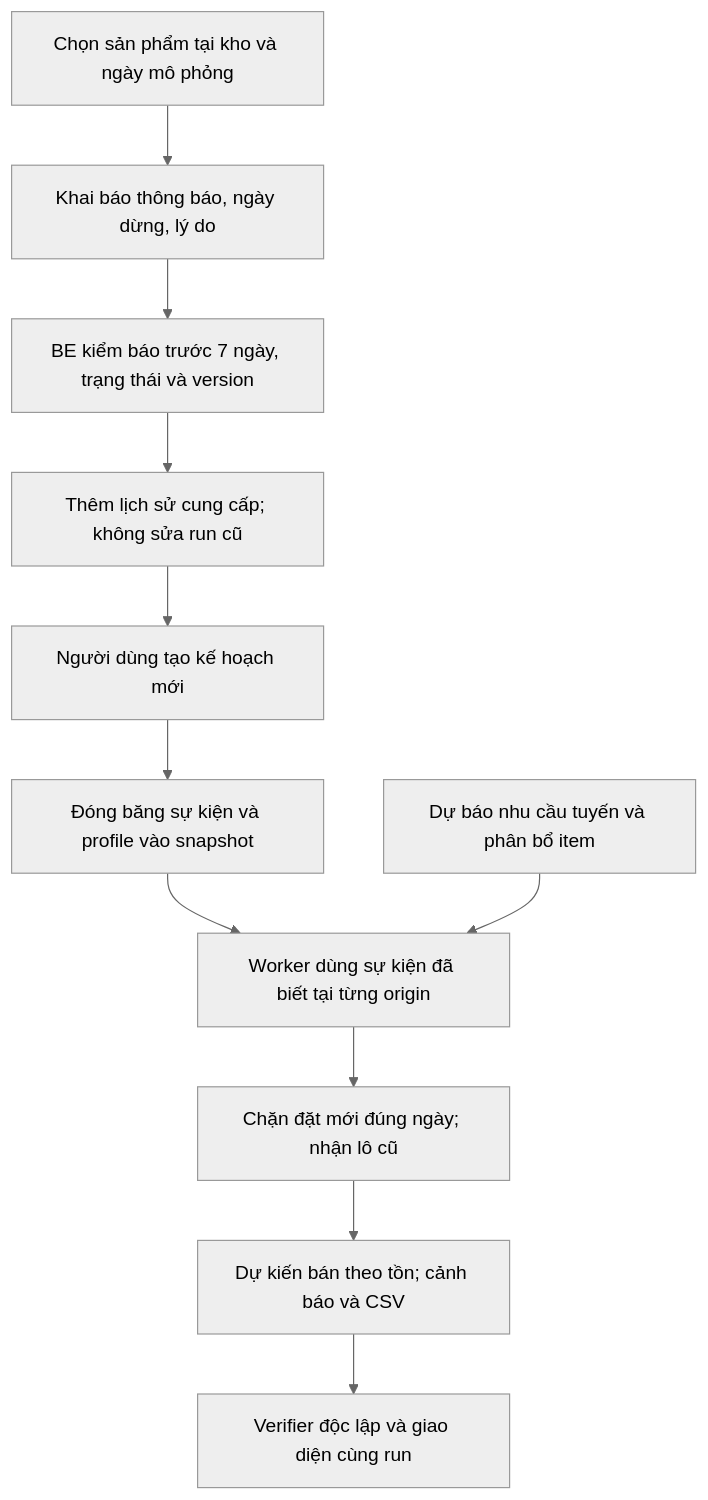
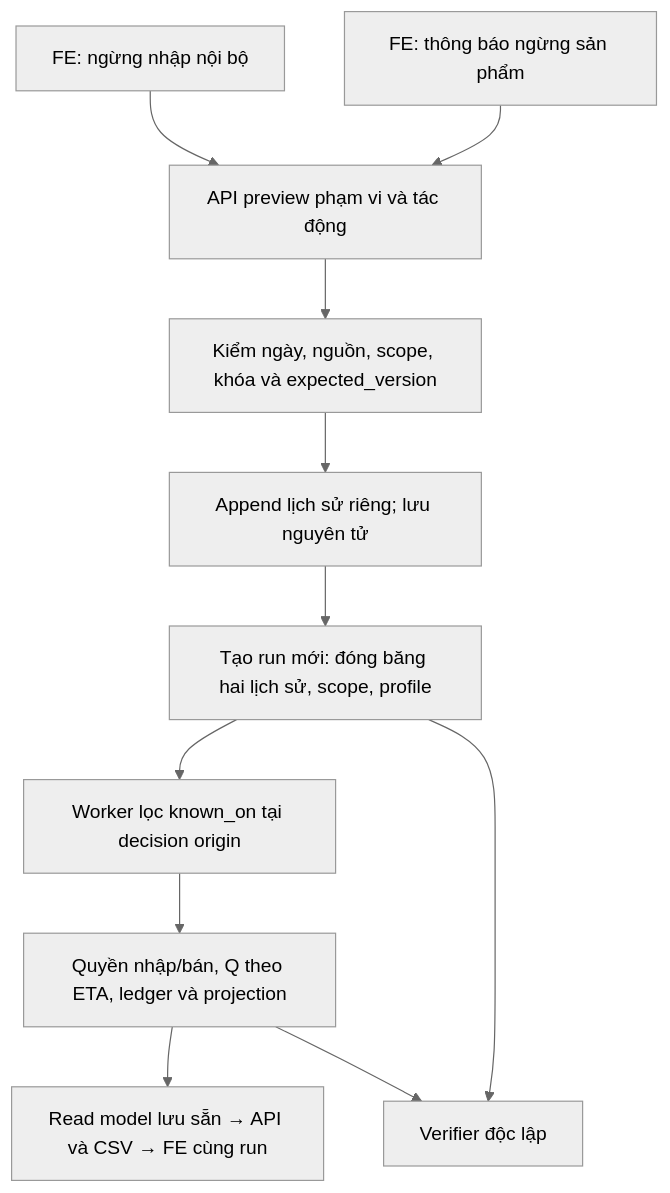
Before and after one commit to khanhnguyenpham/Sigma: the diagram in docs/planning/PRODUCT_SUPPLY_LIFECYCLE_PLAN.md, drawn with Mermaid (neutral theme). The commit also changed other lines of this file and 16 other files, not shown here.

````diff
--- a/docs/planning/PRODUCT_SUPPLY_LIFECYCLE_PLAN.md
+++ b/docs/planning/PRODUCT_SUPPLY_LIFECYCLE_PLAN.md
@@ -47,13 +61,13 @@
 ```mermaid
 flowchart TD
-    A[Chọn sản phẩm tại kho và ngày mô phỏng] --> B[Khai báo thông báo, ngày dừng, lý do]
-    B --> C[BE kiểm báo trước 7 ngày, trạng thái và version]
-    C --> D[Thêm lịch sử cung cấp; không sửa run cũ]
-    D --> E[Người dùng tạo kế hoạch mới]
-    E --> F[Đóng băng sự kiện và profile vào snapshot]
-    F --> G[Worker dùng sự kiện đã biết tại từng origin]
-    H[Dự báo nhu cầu tuyến và phân bổ item] --> G
-    G --> I[Chặn đặt mới đúng ngày; nhận lô cũ]
-    I --> J[Dự kiến bán theo tồn; cảnh báo và CSV]
-    J --> K[Verifier độc lập và giao diện cùng run]
+    A["FE: ngừng nhập nội bộ"] --> C["API preview phạm vi và tác động"]
+    B["FE: thông báo ngừng sản phẩm"] --> C
+    C --> D["Kiểm ngày, nguồn, scope, khóa và expected_version"]
+    D --> E["Append lịch sử riêng; lưu nguyên tử"]
+    E --> F["Tạo run mới: đóng băng hai lịch sử, scope, profile"]
+    F --> G["Worker lọc known_on tại decision origin"]
+    G --> H["Quyền nhập/bán, Q theo ETA, ledger và projection"]
+    H --> I["Read model lưu sẵn → API và CSV → FE cùng run"]
+    F --> J["Verifier độc lập"]
+    H --> J
 ```
````
